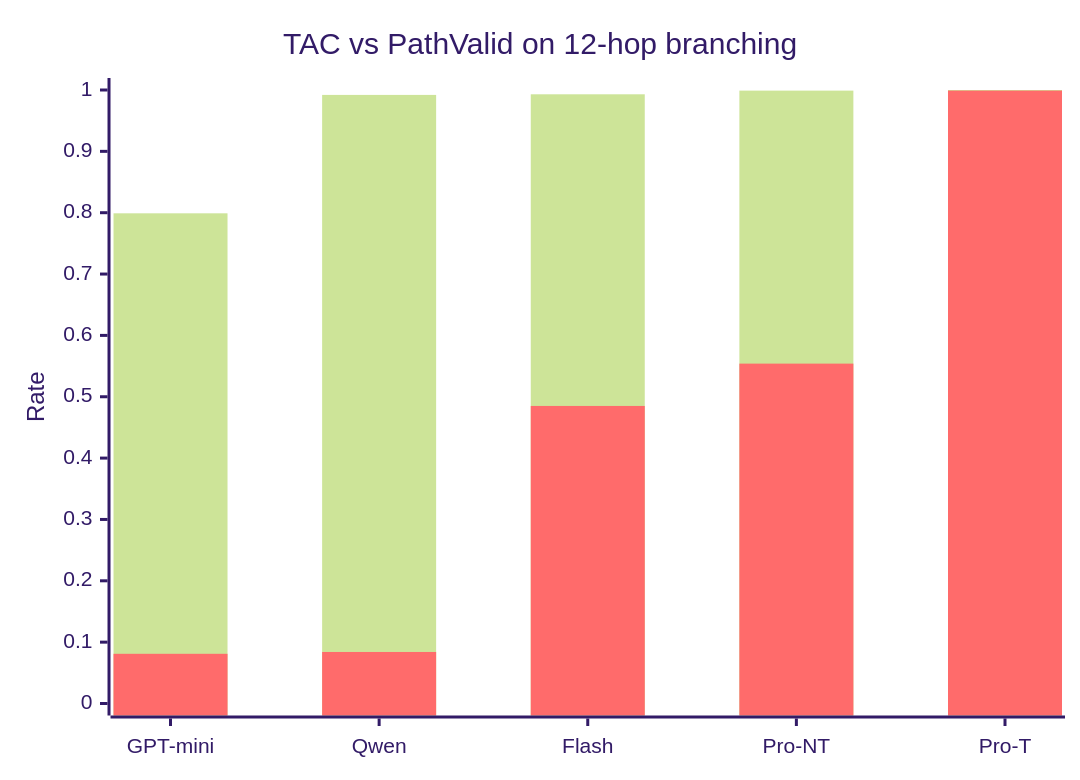
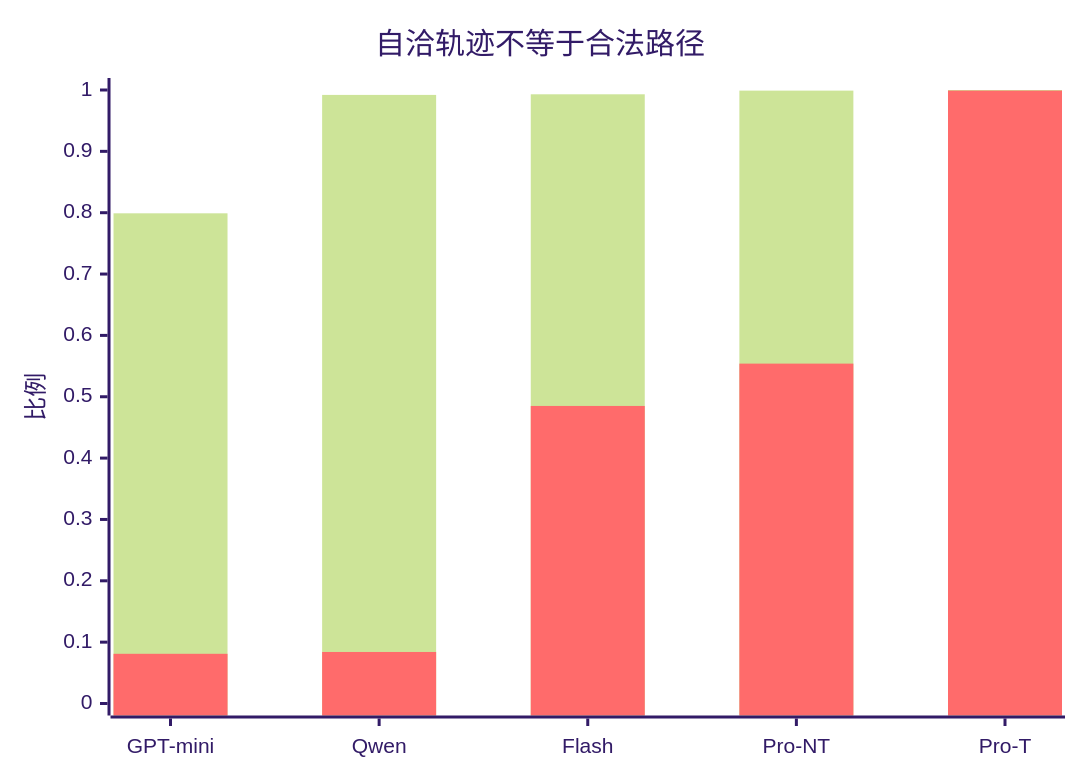
The fifth of 16 diagrams in Graph-Intervention Faithfulness草稿.md (Makal0058/obsidian-), drawn with Mermaid (forest theme) before and after one commit. The commit also changed other lines of this file, not shown here.

````diff
--- a/Graph-Intervention Faithfulness草稿.md
+++ b/Graph-Intervention Faithfulness草稿.md
@@ -1201,8 +1031,8 @@
 ```mermaid
 xychart-beta
-    title "TAC vs PathValid on 12-hop branching"
+    title "自洽轨迹不等于合法路径"
     x-axis ["GPT-mini", "Qwen", "Flash", "Pro-NT", "Pro-T"]
-    y-axis "Rate" 0 --> 1
+    y-axis "比例" 0 --> 1
     bar "TAC" [0.799, 0.992, 0.993, 0.999, 1.000]
     bar "PathValid" [0.081, 0.084, 0.485, 0.554, 0.999]
 ```
````
